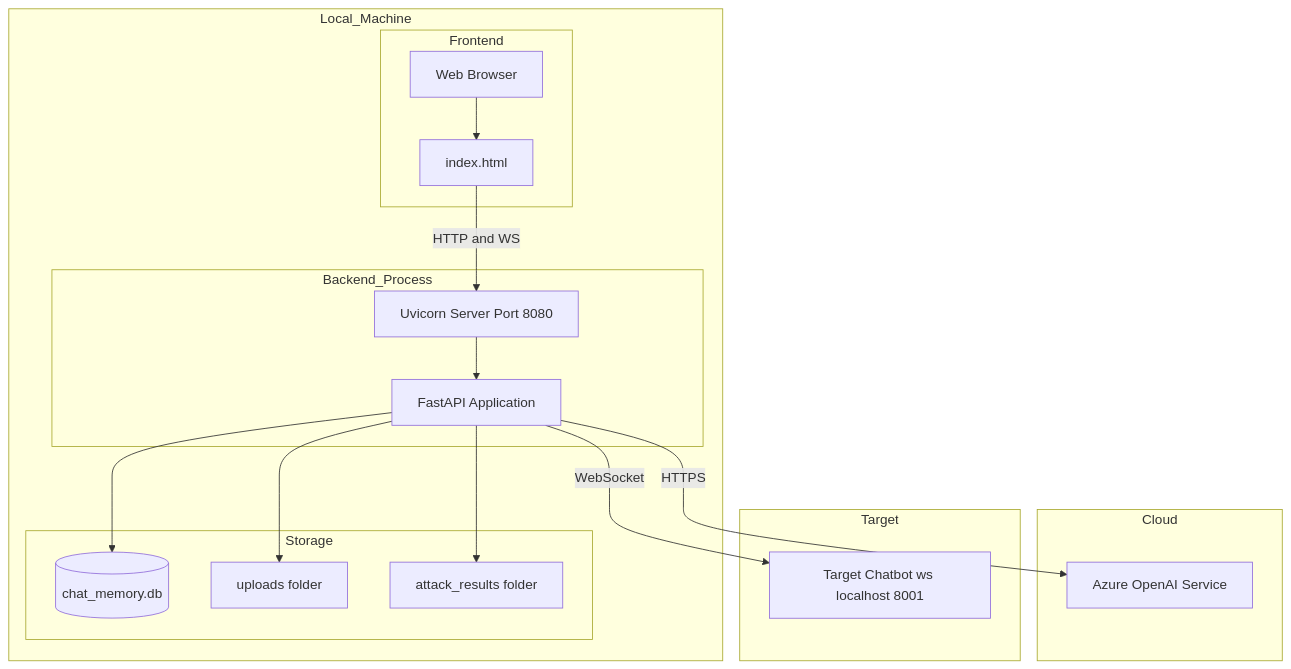
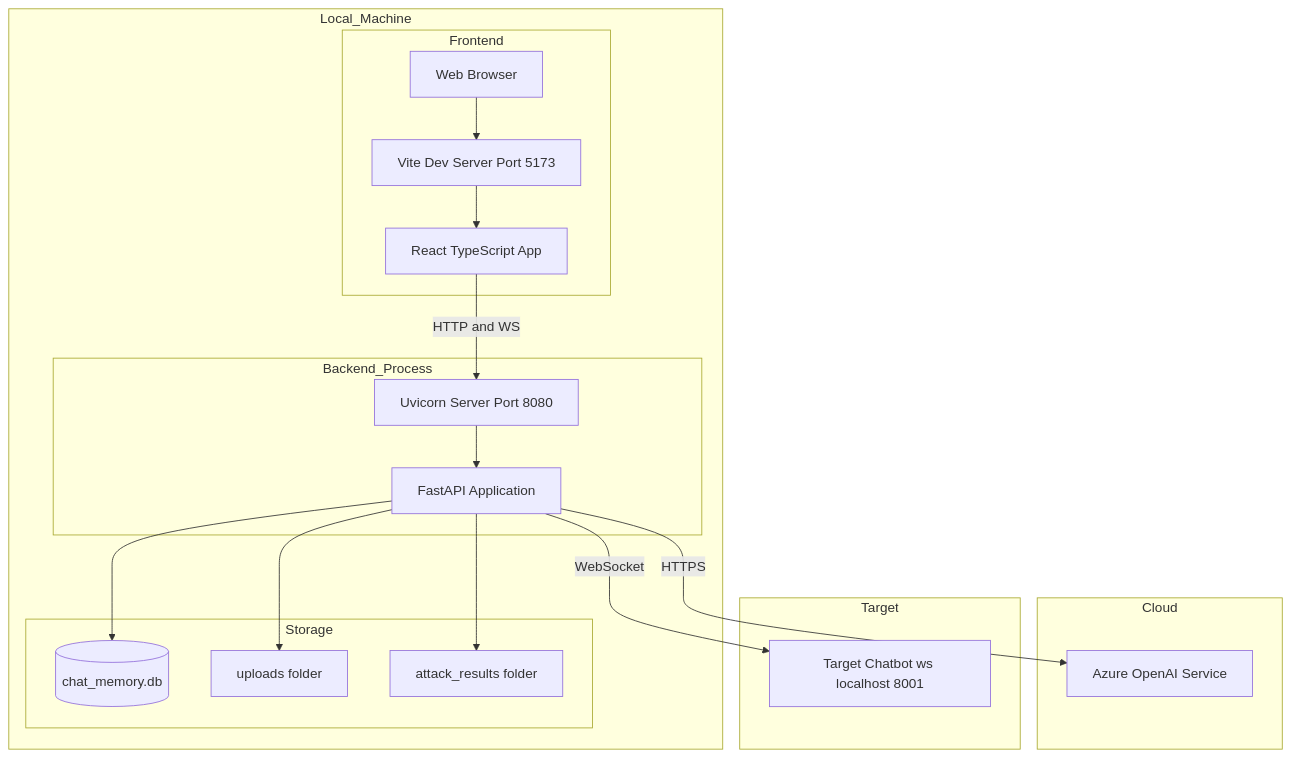
The fifth of 5 diagrams in RedTeaming/BACKEND/doc/01_HIGH_LEVEL_DESIGN.md (Deepta-Sunny/Hackathon), drawn with Mermaid before and after one commit. The commit also changed other lines of this file and 3 other files, not shown here.

````diff
--- a/RedTeaming/BACKEND/doc/01_HIGH_LEVEL_DESIGN.md
+++ b/RedTeaming/BACKEND/doc/01_HIGH_LEVEL_DESIGN.md
@@ -292,37 +311,39 @@
 ```mermaid
 graph TB
     subgraph Local_Machine
         subgraph Backend_Process
             UVICORN[Uvicorn Server Port 8080]
             FASTAPI[FastAPI Application]
         end
         
         subgraph Storage
             DUCKDB[(chat_memory.db)]
             UPLOADS[uploads folder]
             RESULTS[attack_results folder]
         end
         
         subgraph Frontend
             BROWSER[Web Browser]
-            HTML[index.html]
+            VITE[Vite Dev Server Port 5173]
+            REACT_APP[React TypeScript App]
         end
     end
     
     subgraph Cloud
         AZURE[Azure OpenAI Service]
     end
     
     subgraph Target
         CHATBOT[Target Chatbot ws localhost 8001]
     end
     
-    BROWSER --> HTML
-    HTML -->|HTTP and WS| UVICORN
+    BROWSER --> VITE
+    VITE --> REACT_APP
+    REACT_APP -->|HTTP and WS| UVICORN
     UVICORN --> FASTAPI
     FASTAPI --> DUCKDB
     FASTAPI --> UPLOADS
     FASTAPI --> RESULTS
     FASTAPI -->|HTTPS| AZURE
     FASTAPI -->|WebSocket| CHATBOT
 ```
````
